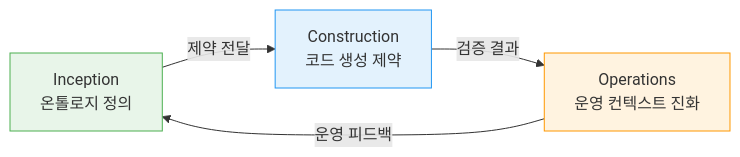
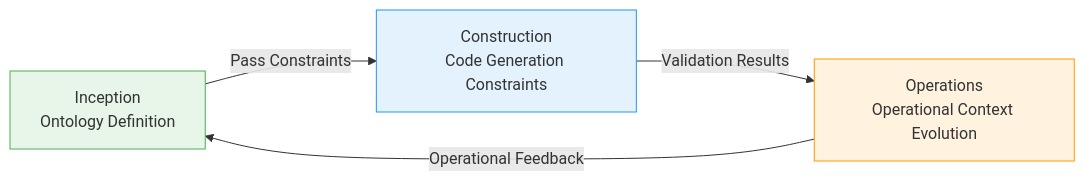
One commit to devfloor9/engineering-playbook changed the fourth of 5 diagrams in docs/aidlc/methodology/ontology-engineering.md. Above: the diagram before and after it, drawn with Mermaid. The commit also changed other lines of this file and 954 other files, not shown here.

````diff
--- a/docs/aidlc/methodology/ontology-engineering.md
+++ b/docs/aidlc/methodology/ontology-engineering.md
@@ -600,10 +596,10 @@
 ```mermaid
 graph LR
-    INC["Inception<br/>온톨로지 정의"] -->|"제약 전달"| CONS["Construction<br/>코드 생성 제약"]
-    CONS -->|"검증 결과"| OPS["Operations<br/>운영 컨텍스트 진화"]
-    OPS -->|"운영 피드백"| INC
+    INC["Inception<br/>Ontology Definition"] -->|"Pass Constraints"| CONS["Construction<br/>Code Generation Constraints"]
+    CONS -->|"Validation Results"| OPS["Operations<br/>Operational Context Evolution"]
+    OPS -->|"Operational Feedback"| INC
 
     style INC fill:#e8f5e9,stroke:#4caf50
     style CONS fill:#e3f2fd,stroke:#2196f3
     style OPS fill:#fff3e0,stroke:#ff9800
 ```
````
